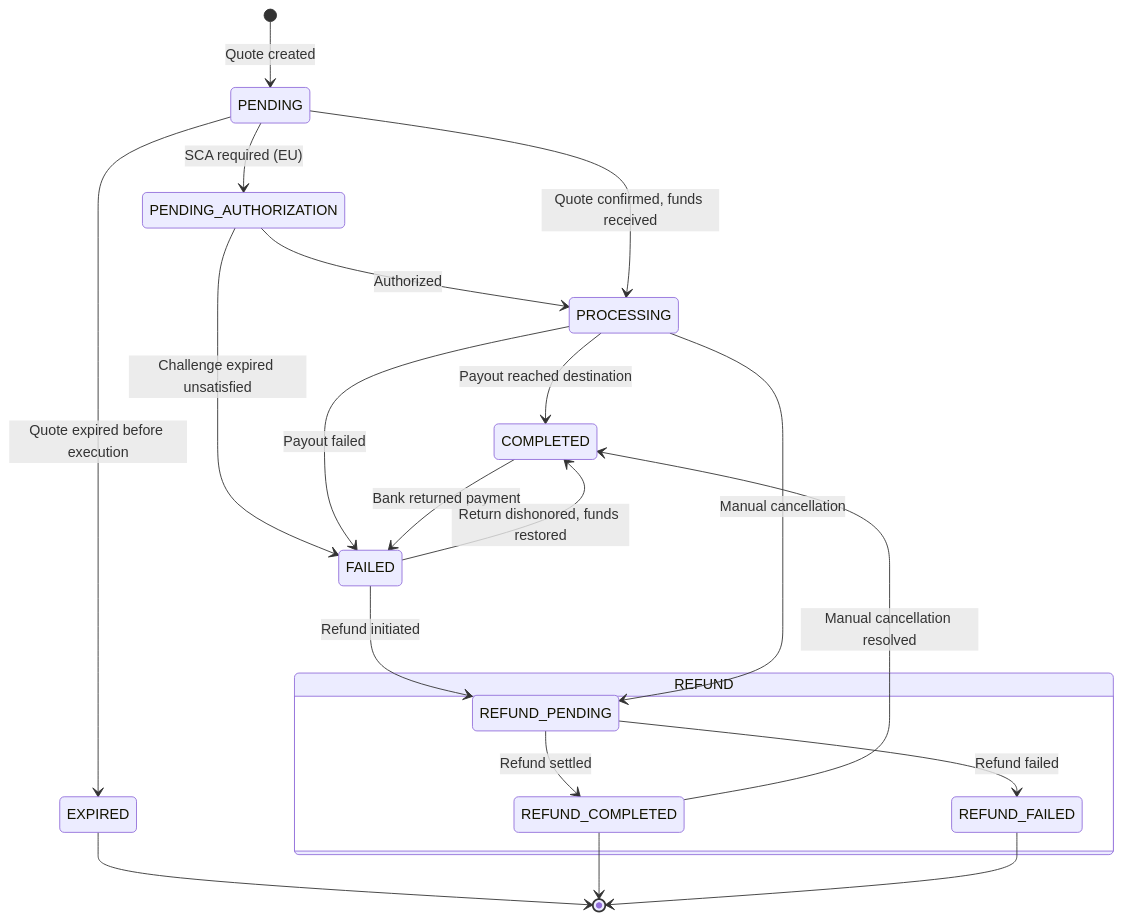
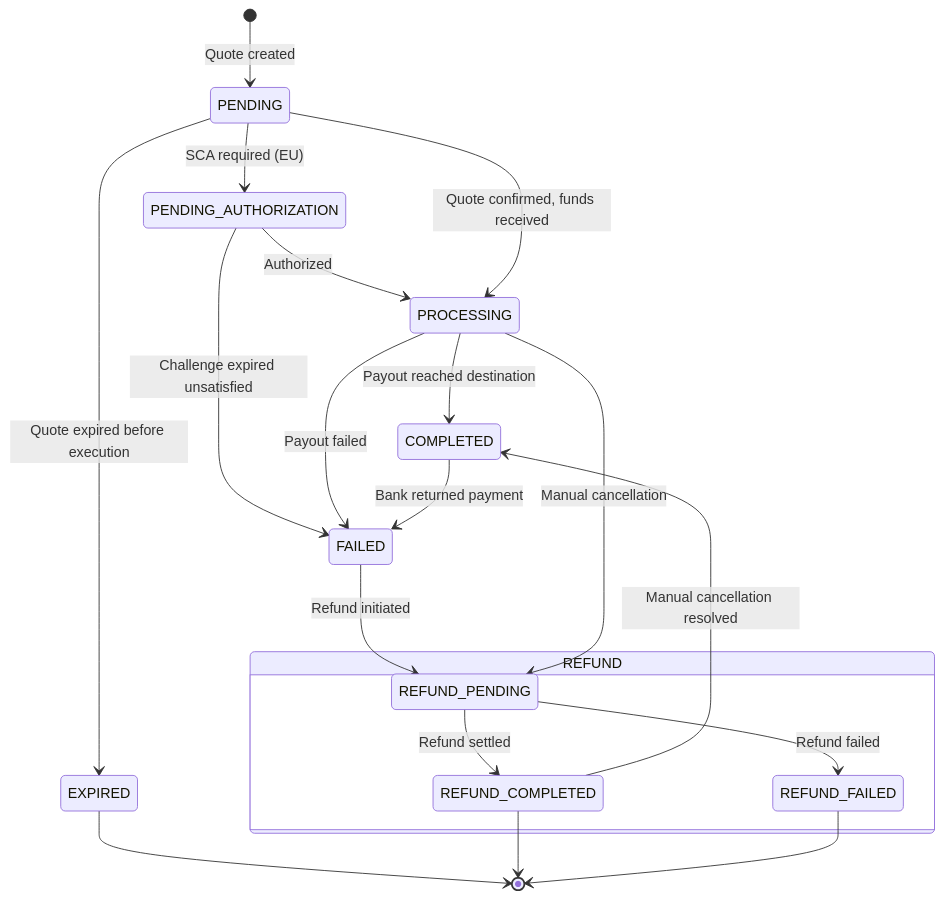
Before and after one commit to lightsparkdev/grid-api: the diagram in mintlify/platform-overview/core-concepts/transaction-lifecycle.mdx, drawn with Mermaid. The commit also changed other lines of this file and 8 other files, not shown here.

````diff
--- a/mintlify/platform-overview/core-concepts/transaction-lifecycle.mdx
+++ b/mintlify/platform-overview/core-concepts/transaction-lifecycle.mdx
@@ -124,23 +124,22 @@
 ```mermaid
 stateDiagram-v2
     [*] --> PENDING : Quote created
     PENDING --> PENDING_AUTHORIZATION : SCA required (EU)
     PENDING_AUTHORIZATION --> PROCESSING : Authorized
     PENDING_AUTHORIZATION --> FAILED : Challenge expired unsatisfied
     PENDING --> PROCESSING : Quote confirmed, funds received
     PENDING --> EXPIRED : Quote expired before execution
     PROCESSING --> COMPLETED : Payout reached destination
     PROCESSING --> FAILED : Payout failed
     COMPLETED --> FAILED : Bank returned payment
-    FAILED --> COMPLETED : Return dishonored, funds restored
     FAILED --> REFUND_PENDING : Refund initiated
     PROCESSING --> REFUND_PENDING : Manual cancellation
     state "REFUND" as refund {
         REFUND_PENDING --> REFUND_COMPLETED : Refund settled
         REFUND_PENDING --> REFUND_FAILED : Refund failed
     }
     REFUND_COMPLETED --> COMPLETED : Manual cancellation resolved
     EXPIRED --> [*]
     REFUND_COMPLETED --> [*]
     REFUND_FAILED --> [*]
 ```
````
